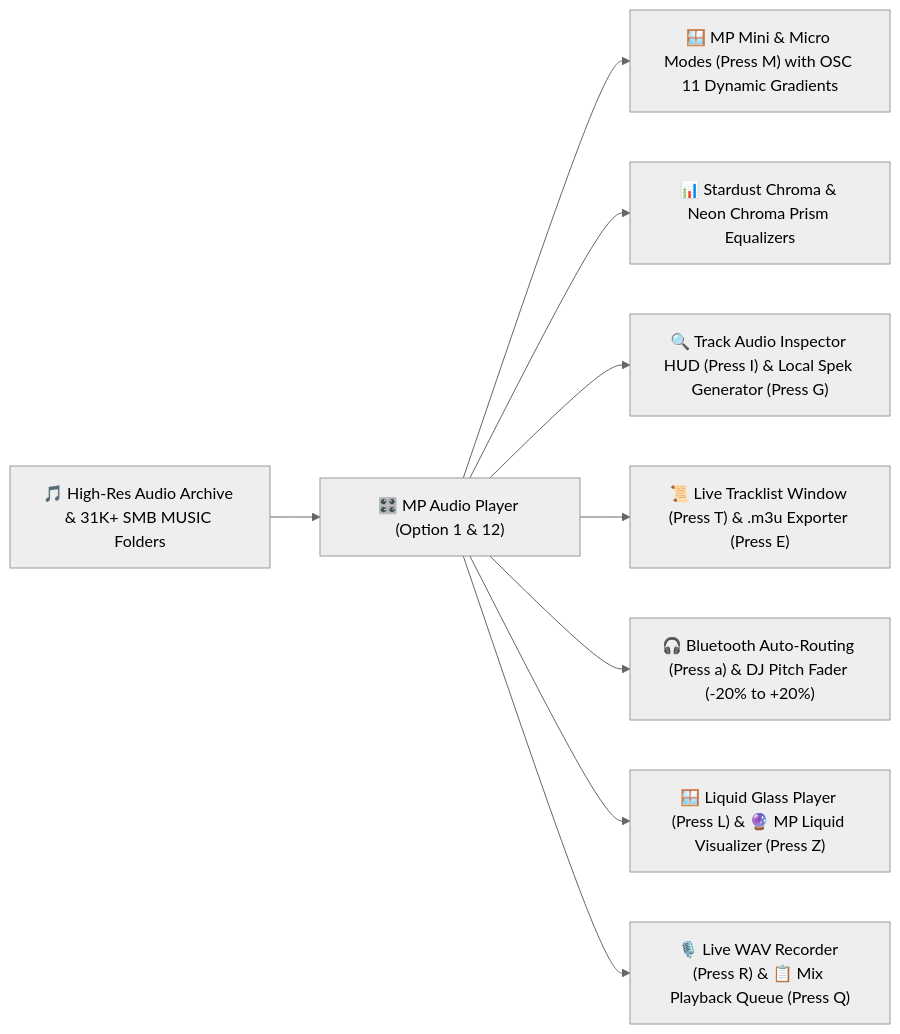
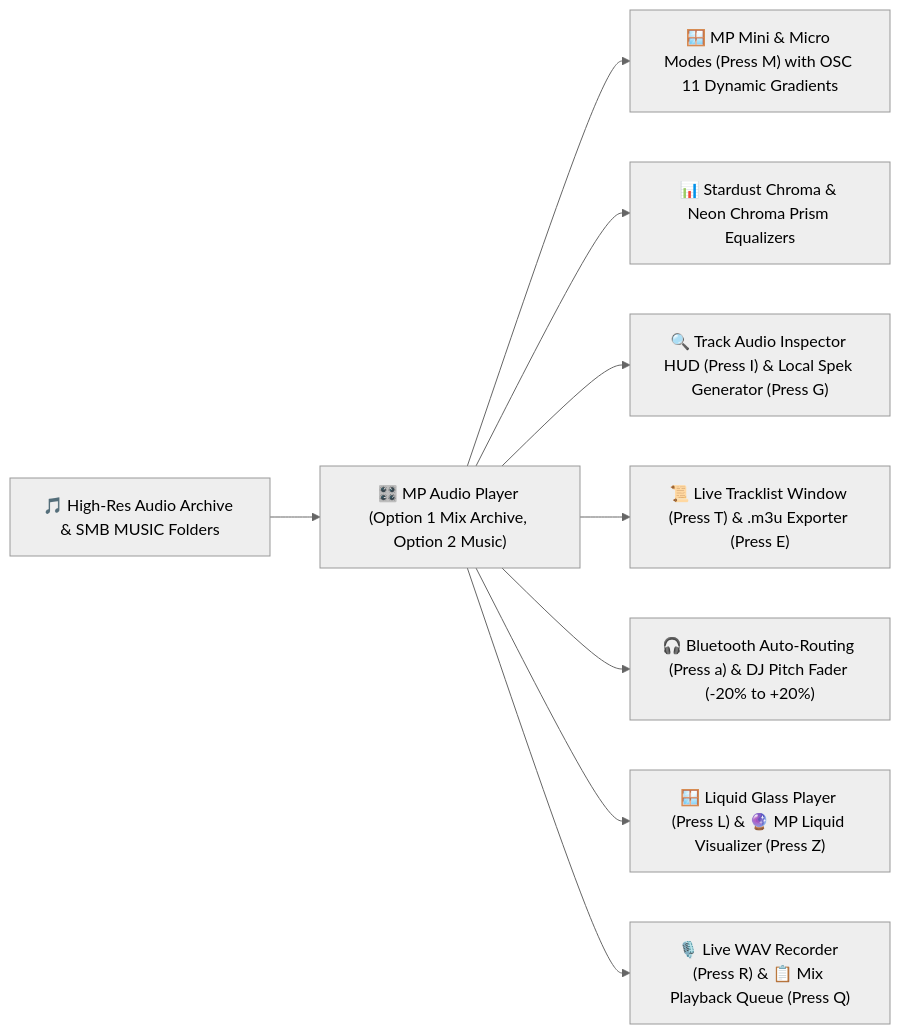
One commit to MPlanetarian/MPMixManager_v0.4-x64 changed the fourth of 13 diagrams in README.md. Above: the diagram before and after it, drawn with Mermaid (neutral theme). The commit also changed other lines of this file, not shown here.

Commit message:
Update the GitHub main page for the features added since the November 8, 2026 0.4.2 Stable (Liquid) release, including the Linux TTY switcher, visualizer window sizes, the Windows Liquid Player, and the menu and playlist fixes.

````diff
--- a/README.md
+++ b/README.md
@@ -401,11 +460,11 @@
 ```mermaid
 flowchart LR
-    A["🎵 High-Res Audio Archive & 31K+ SMB MUSIC Folders"] --> B["🎛️ MP Audio Player (Option 1 & 12)"]
+    A["🎵 High-Res Audio Archive & SMB MUSIC Folders"] --> B["🎛️ MP Audio Player (Option 1 Mix Archive, Option 2 Music)"]
     B --> C["🪟 MP Mini & Micro Modes (Press M) with OSC 11 Dynamic Gradients"]
     B --> D["📊 Stardust Chroma & Neon Chroma Prism Equalizers"]
     B --> E["🔍 Track Audio Inspector HUD (Press I) & Local Spek Generator (Press G)"]
     B --> F["📜 Live Tracklist Window (Press T) & .m3u Exporter (Press E)"]
     B --> G["🎧 Bluetooth Auto-Routing (Press a) & DJ Pitch Fader (-20% to +20%)"]
     B --> H["🪟 Liquid Glass Player (Press L) & 🔮 MP Liquid Visualizer (Press Z)"]
     B --> I["🎙️ Live WAV Recorder (Press R) & 📋 Mix Playback Queue (Press Q)"]
 ```
````
